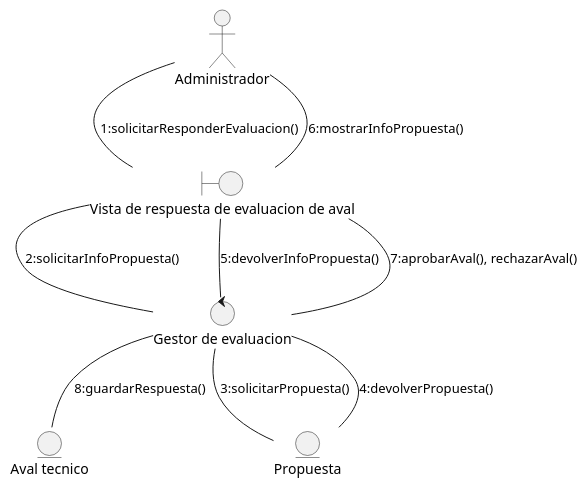
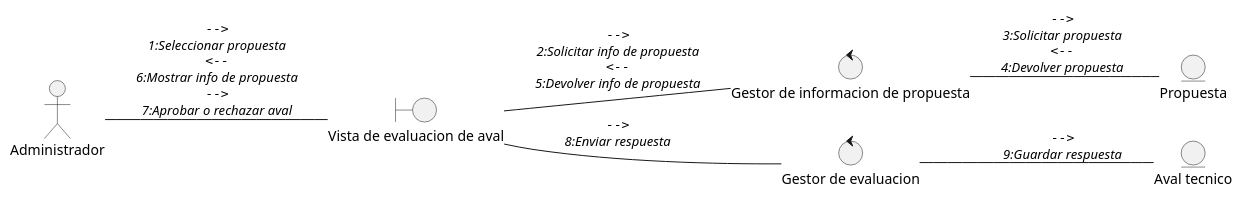
One commit to Samantha-Ramirez/ProyectoEquipo7ING changed the diagram in docs/scenariosView/DisciplinaDeAnalisisDiagramaDeColaboracionResponderEvaluacionAval.plantuml. Above: the diagram before and after it, drawn with PlantUML. The commit also changed 26 other files, not shown here.

Commit message:
Diagramas de clases de analisis y paquetes 2906

```diff
--- a/docs/scenariosView/DisciplinaDeAnalisisDiagramaDeColaboracionResponderEvaluacionAval.plantuml
+++ b/docs/scenariosView/DisciplinaDeAnalisisDiagramaDeColaboracionResponderEvaluacionAval.plantuml
@@ -1,21 +1,20 @@
 @startuml DisciplinaDeAnalisisDiagramaDeColaboracionResponderEvaluacionAval
+left to right direction
+
 actor "Administrador" as actorAdmin
 
+entity "Propuesta" as entidadPropuesta
 entity "Aval tecnico" as entidadAval
-entity "Propuesta" as entidadPropuesta
 
-boundary "Vista de respuesta de evaluacion de aval" as vistaRespuestaEvaluacion
+boundary "Vista de evaluacion de aval" as vistaEvaluacion
 
+control "Gestor de informacion de propuesta" as ctrlGestorInfoPropuesta
 control "Gestor de evaluacion" as ctrlGestorEvaluacion
 
-actorAdmin -- vistaRespuestaEvaluacion : 1:solicitarResponderEvaluacion()
-actorAdmin -- vistaRespuestaEvaluacion : 6:mostrarInfoPropuesta()
-vistaRespuestaEvaluacion -- ctrlGestorEvaluacion : 2:solicitarInfoPropuesta()
-vistaRespuestaEvaluacion -- ctrlGestorEvaluacion : 5:devolverInfoPropuesta()
-ctrlGestorEvaluacion -- entidadPropuesta : 3:solicitarPropuesta()
-ctrlGestorEvaluacion -- entidadPropuesta : 4:devolverPropuesta()
-
-vistaRespuestaEvaluacion -- ctrlGestorEvaluacion : 7:aprobarAval(), rechazarAval()
-ctrlGestorEvaluacion -- entidadAval : 8:guardarRespuesta()
+actorAdmin -- vistaEvaluacion : ""-->""\n//1:Seleccionar propuesta//\n""<--""\n//6:Mostrar info de propuesta//\n""-->""\n//7:Aprobar o rechazar aval//
+vistaEvaluacion -- ctrlGestorInfoPropuesta : ""-->""\n//2:Solicitar info de propuesta//\n""<--""\n//5:Devolver info de propuesta//
+ctrlGestorInfoPropuesta -- entidadPropuesta : ""-->""\n//3:Solicitar propuesta//\n""<--""\n//4:Devolver propuesta//
+vistaEvaluacion -- ctrlGestorEvaluacion : ""-->""\n//8:Enviar respuesta//
+ctrlGestorEvaluacion -- entidadAval : ""-->""\n//9:Guardar respuesta//
 
 @enduml
```
